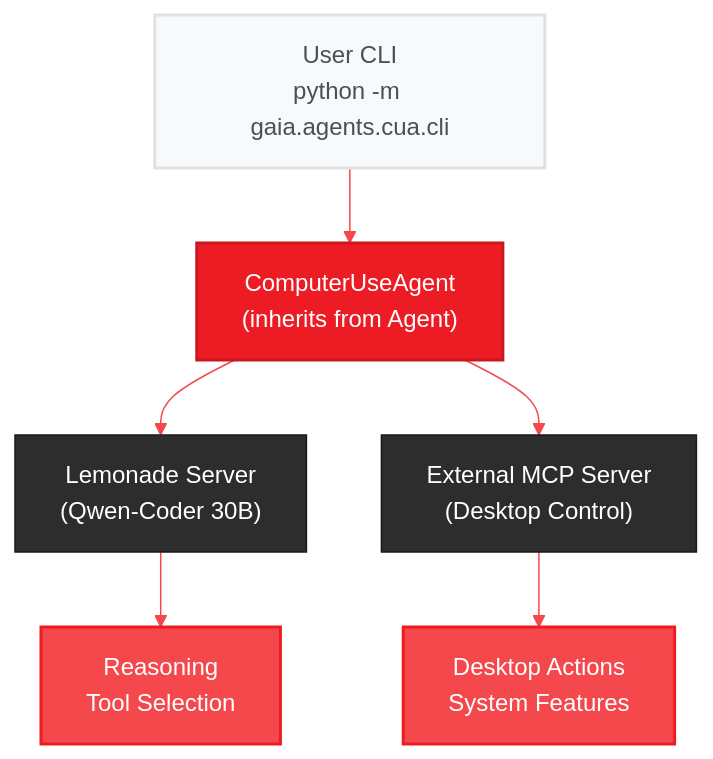
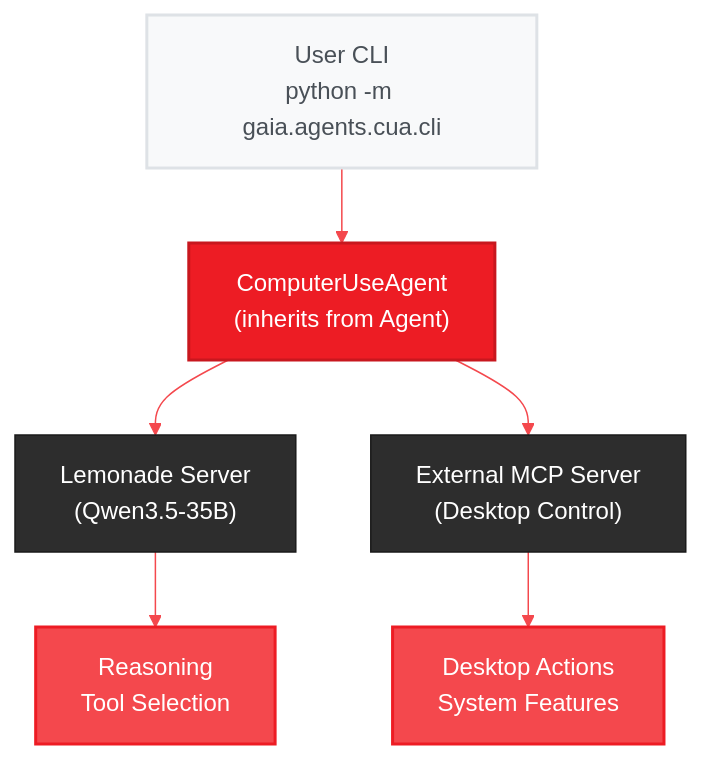
Before and after one commit to amd/gaia: the first of 4 diagrams in docs/plans/cua.mdx, drawn with Mermaid. The commit also changed other lines of this file and 8 other files, not shown here.

````diff
--- a/docs/plans/cua.mdx
+++ b/docs/plans/cua.mdx
@@ -95,17 +95,17 @@
 ```mermaid
 %%{init: {'theme':'base', 'themeVariables': { 'primaryColor':'#ED1C24', 'primaryTextColor':'#fff', 'primaryBorderColor':'#C8171E', 'lineColor':'#F4484D', 'secondaryColor':'#2d2d2d', 'tertiaryColor':'#f5f5f5', 'fontSize':'16px', 'fontFamily': 'system-ui, -apple-system, sans-serif'}}}%%
 graph TD
     A["User CLI<br/>python -m gaia.agents.cua.cli"] --> B["ComputerUseAgent<br/>(inherits from Agent)"]
-    B --> C["Lemonade Server<br/>(Qwen-Coder 30B)"]
+    B --> C["Lemonade Server<br/>(Qwen3.5-35B)"]
     B --> D["External MCP Server<br/>(Desktop Control)"]
 
     C --> E["Reasoning<br/>Tool Selection"]
     D --> F["Desktop Actions<br/>System Features"]
 
     style A fill:#f8f9fa,stroke:#dee2e6,stroke-width:2px,color:#495057
     style B fill:#ED1C24,stroke:#C8171E,stroke-width:2px,color:#fff
     style C fill:#2d2d2d,stroke:#1a1a1a,stroke-width:1px,color:#fff
     style D fill:#2d2d2d,stroke:#1a1a1a,stroke-width:1px,color:#fff
     style E fill:#F4484D,stroke:#ED1C24,stroke-width:2px,color:#fff
     style F fill:#F4484D,stroke:#ED1C24,stroke-width:2px,color:#fff
 ```
````
